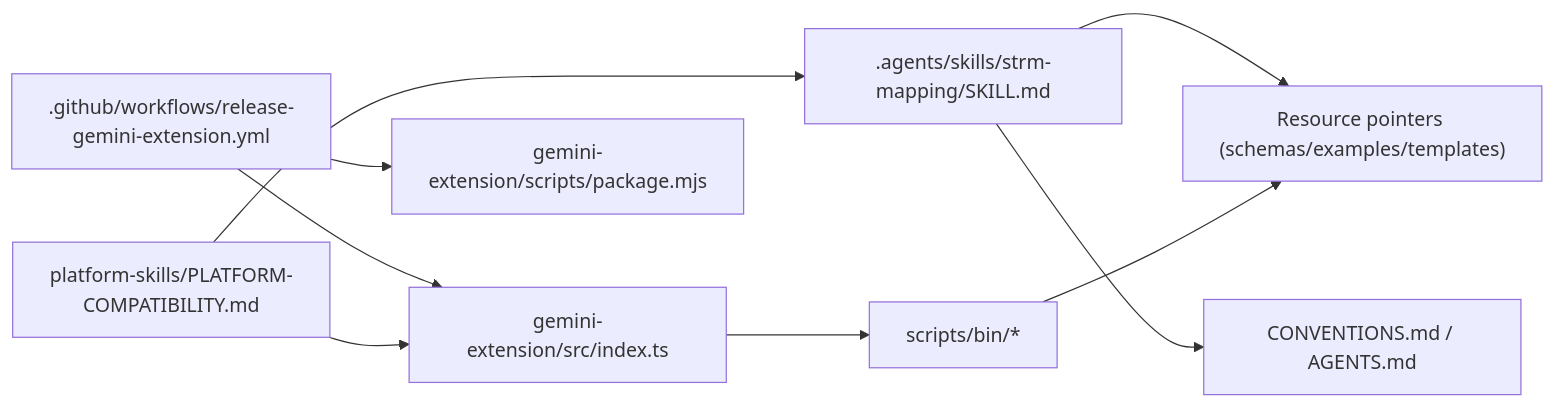
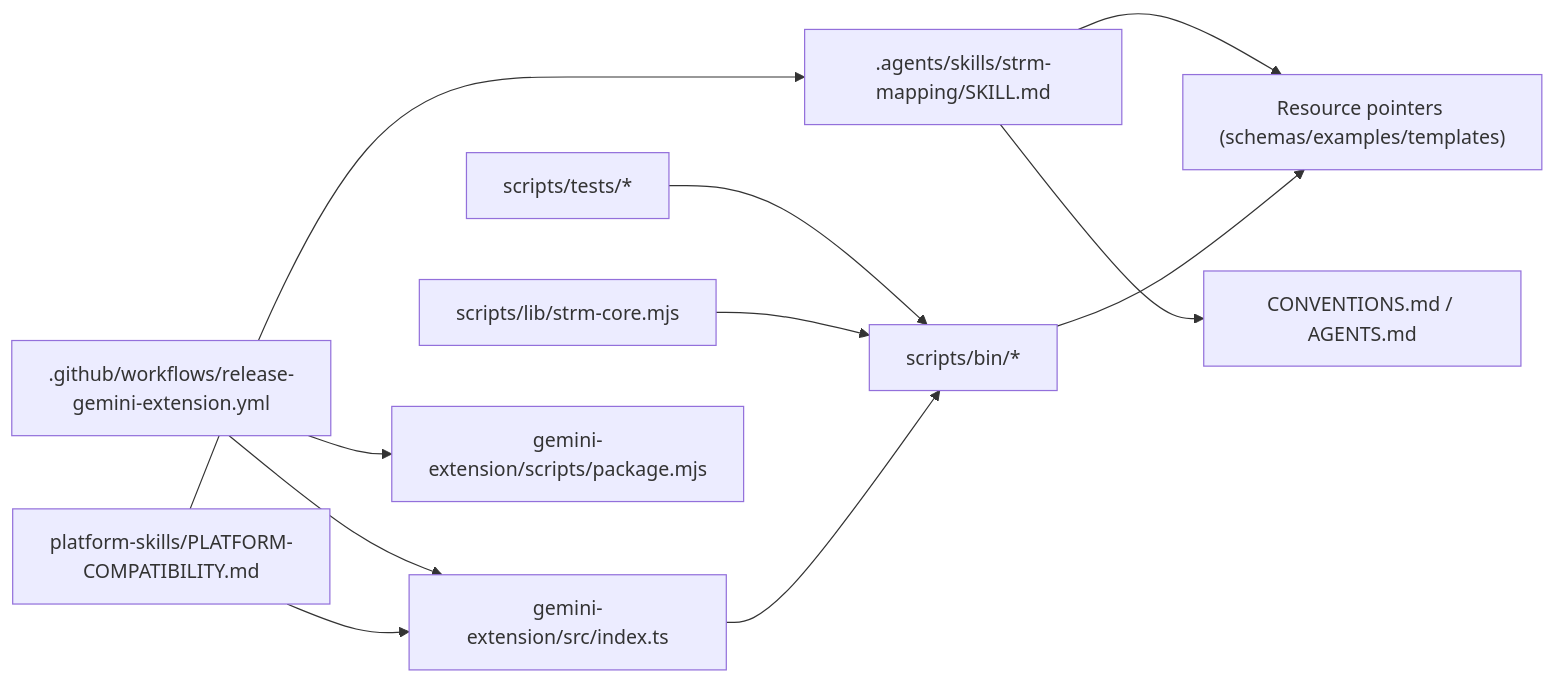
The tenth of 11 diagrams in .qoder/repowiki/en/content/Development and Contributing Guidelines.md (austinsonger/GRC-Mapping-Analyst), drawn with Mermaid before and after one commit. The commit also changed other lines of this file and 4 other files, not shown here.

````diff
--- a/.qoder/repowiki/en/content/Development and Contributing Guidelines.md
+++ b/.qoder/repowiki/en/content/Development and Contributing Guidelines.md
@@ -426,11 +501,13 @@
 ```mermaid
 graph LR
 SKILL[".agents/skills/strm-mapping/SKILL.md"] --> REF["CONVENTIONS.md / AGENTS.md"]
 SKILL --> RES["Resource pointers (schemas/examples/templates)"]
 SCRIPTS["scripts/bin/*"] --> RES
+TESTS["scripts/tests/*"] --> SCRIPTS
+CORE["scripts/lib/strm-core.mjs"] --> SCRIPTS
 EXT["gemini-extension/src/index.ts"] --> SCRIPTS
 PIPELINE[".github/workflows/release-gemini-extension.yml"] --> EXT
 PIPELINE --> PKG["gemini-extension/scripts/package.mjs"]
 COMPAT["platform-skills/PLATFORM-COMPATIBILITY.md"] --> SKILL
 COMPAT --> EXT
 ```
````
